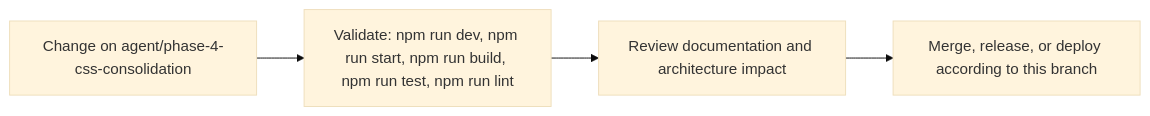
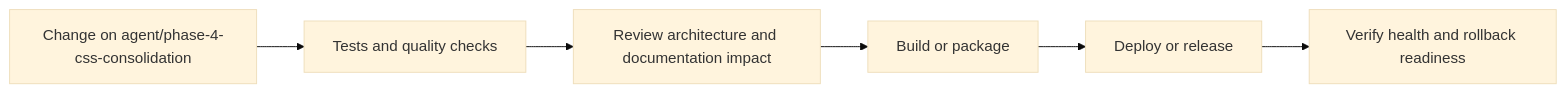
The sixth of 7 diagrams in README.md (Nischhalsubba/BindForge-NW), drawn with Mermaid (base theme) before and after one commit. The commit also changed other lines of this file, not shown here.

````diff
--- a/README.md
+++ b/README.md
@@ -88,8 +198,8 @@
 ```mermaid
 flowchart LR
-    CHANGE["Change on agent/phase-4-css-consolidation"]
-    CHECK["Validate: npm run dev, npm run start, npm run build, npm run test, npm run lint"]
-    REVIEW["Review documentation and architecture impact"]
-    RELEASE["Merge, release, or deploy according to this branch"]
-    CHANGE --> CHECK --> REVIEW --> RELEASE
+    CHANGE["Change on agent/phase-4-css-consolidation"] --> CHECK["Tests and quality checks"]
+    CHECK --> REVIEW["Review architecture and documentation impact"]
+    REVIEW --> BUILD["Build or package"]
+    BUILD --> DEPLOY["Deploy or release"]
+    DEPLOY --> VERIFY["Verify health and rollback readiness"]
 ```
````
